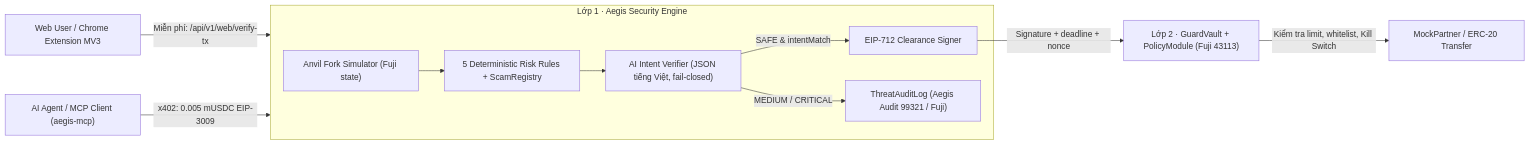
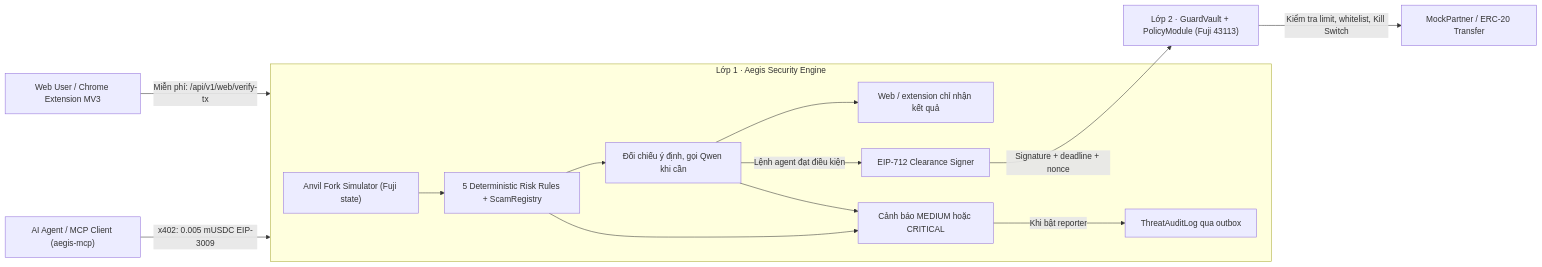
The diagram in README.md (tq11372/aegis-avax), drawn with Mermaid before and after one commit. The commit also changed other lines of this file and 5 other files, not shown here.

````diff
--- a/README.md
+++ b/README.md
@@ -26,13 +26,16 @@
 ```mermaid
 flowchart LR
   User["Web User / Chrome Extension MV3"] -->|Miễn phí: /api/v1/web/verify-tx| FW
   Agent["AI Agent / MCP Client (aegis-mcp)"] -->|x402: 0.005 mUSDC EIP-3009| FW
   subgraph FW["Lớp 1 · Aegis Security Engine"]
     Sim["Anvil Fork Simulator (Fuji state)"] --> Rules["5 Deterministic Risk Rules + ScamRegistry"]
-    Rules --> LLM["AI Intent Verifier (JSON tiếng Việt, fail-closed)"]
-    LLM -->|SAFE & intentMatch| Signer["EIP-712 Clearance Signer"]
-    LLM -->|MEDIUM / CRITICAL| Audit["ThreatAuditLog (Aegis Audit 99321 / Fuji)"]
+    Rules --> Intent["Đối chiếu ý định, gọi Qwen khi cần"]
+    Intent --> Web["Web / extension chỉ nhận kết quả"]
+    Intent -->|Lệnh agent đạt điều kiện| Signer["EIP-712 Clearance Signer"]
+    Rules --> Verdict["Cảnh báo MEDIUM hoặc CRITICAL"]
+    Intent --> Verdict
+    Verdict -->|Khi bật reporter| Audit["ThreatAuditLog qua outbox"]
   end
   Signer -->|Signature + deadline + nonce| Vault["Lớp 2 · GuardVault + PolicyModule (Fuji 43113)"]
   Vault -->|Kiểm tra limit, whitelist, Kill Switch| Target["MockPartner / ERC-20 Transfer"]
 ```
````
